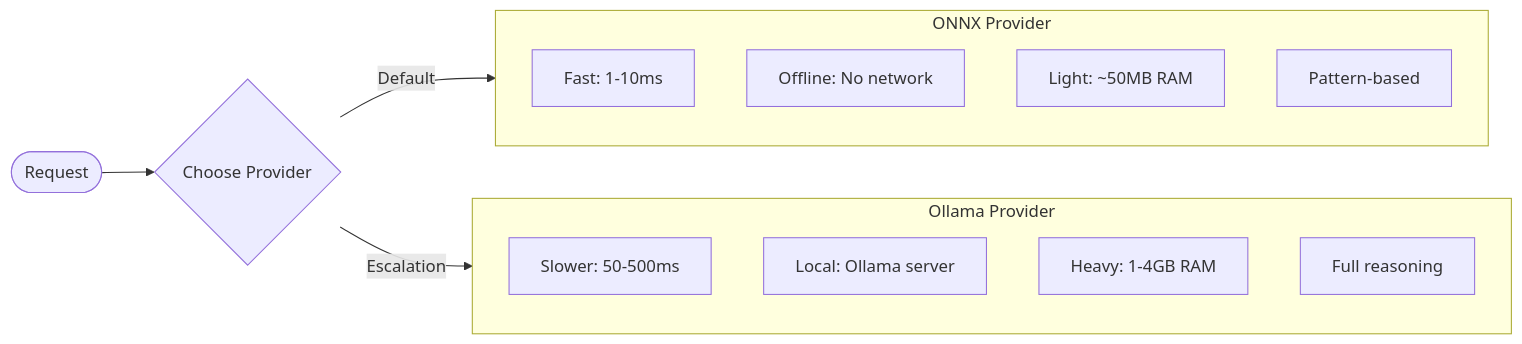
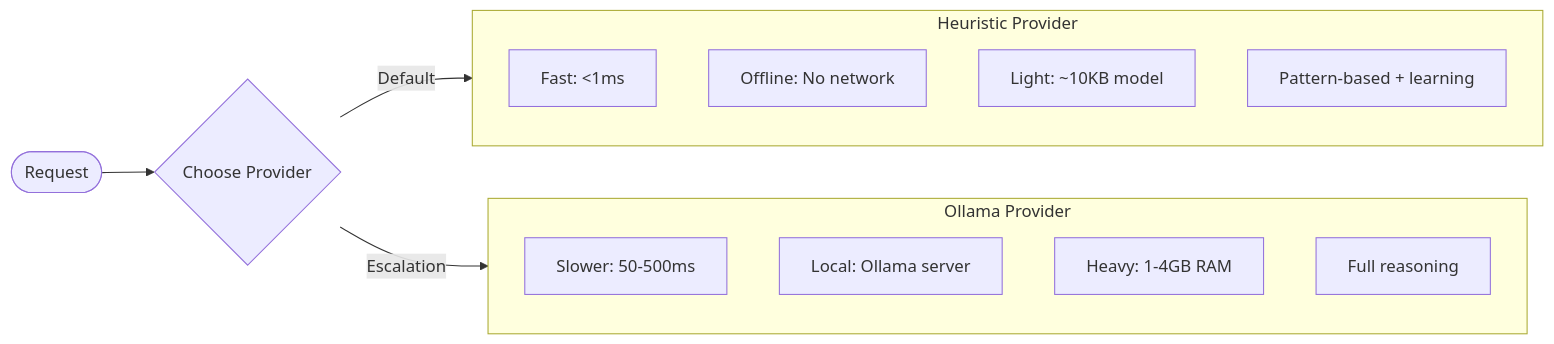
One commit to scottgal/mostlylucid.nugetpackages changed the fifth of 6 diagrams in Mostlylucid.BotDetection/docs/ai-detection.md. Above: the diagram before and after it, drawn with Mermaid. The commit also changed other lines of this file and 59 other files, not shown here.

Commit message:
Add `HeuristicLateContributor` as a final-stage detector consuming all evidence, including AI results, to refine bot classification. Introduce external service contributors spec and dynamic feature extraction for ML-based heuristics. Update integration and unit tests to reflect changes.

````diff
--- a/Mostlylucid.BotDetection/docs/ai-detection.md
+++ b/Mostlylucid.BotDetection/docs/ai-detection.md
@@ -457,20 +391,20 @@
 ```mermaid
 flowchart LR
-    subgraph ONNX["ONNX Provider"]
-        O1[Fast: 1-10ms]
-        O2[Offline: No network]
-        O3[Light: ~50MB RAM]
-        O4[Pattern-based]
+    subgraph Heuristic["Heuristic Provider"]
+        H1[Fast: <1ms]
+        H2[Offline: No network]
+        H3[Light: ~10KB model]
+        H4[Pattern-based + learning]
     end
 
     subgraph Ollama["Ollama Provider"]
         L1[Slower: 50-500ms]
         L2[Local: Ollama server]
         L3[Heavy: 1-4GB RAM]
         L4[Full reasoning]
     end
 
     Request([Request]) --> Decision{Choose Provider}
-    Decision -->|Default| ONNX
+    Decision -->|Default| Heuristic
     Decision -->|Escalation| Ollama
 ```
````
